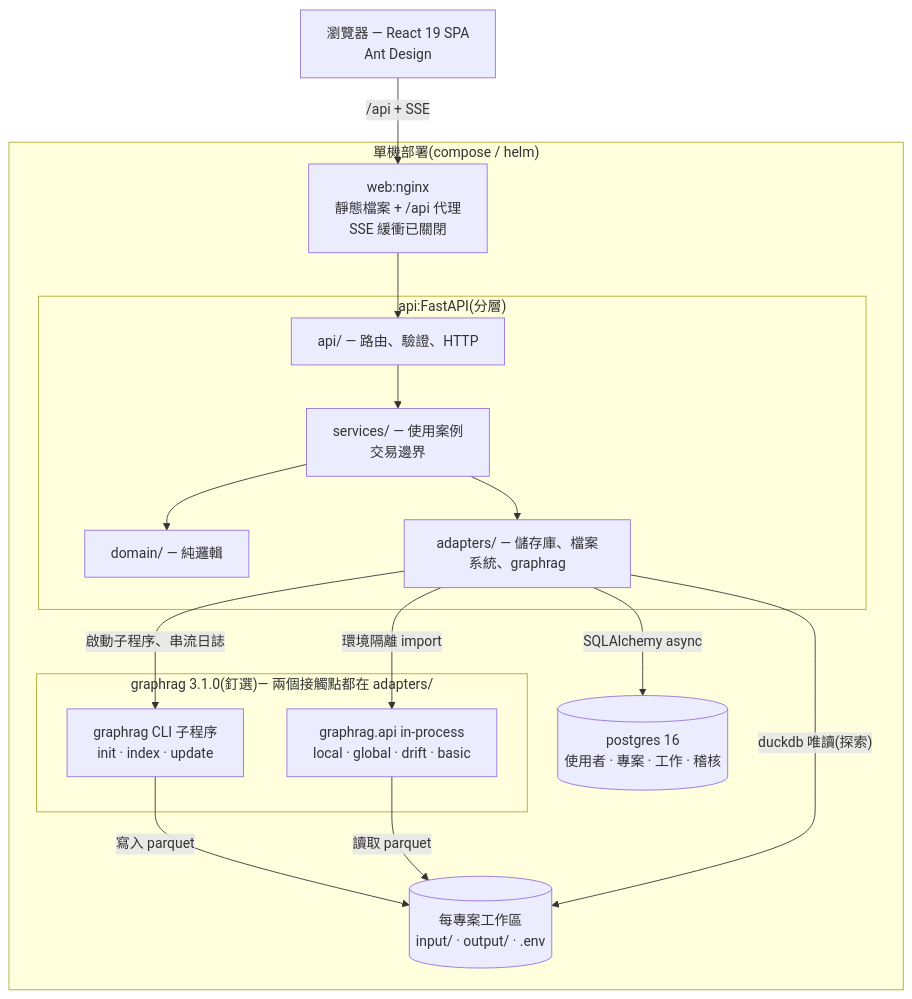
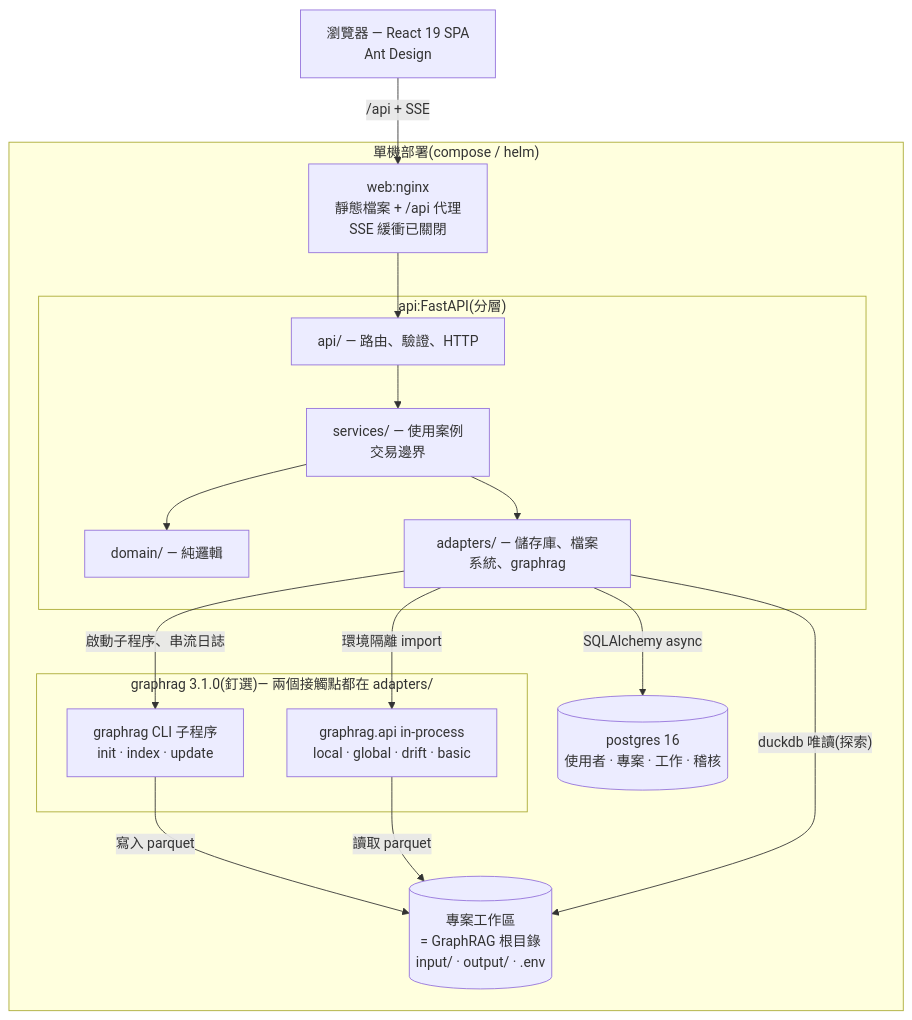
Before and after one commit to kehao-playground/graphrag-web-ui: the first of 3 diagrams in docs/zh-TW/README.md, drawn with Mermaid. The commit also changed other lines of this file and 1 other file, not shown here.

First line of the commit message:
docs(readme): define workspace as the app's term for the GraphRAG root

````diff
--- a/docs/zh-TW/README.md
+++ b/docs/zh-TW/README.md
@@ -36,25 +37,25 @@
 ```mermaid
 graph TB
     B["瀏覽器 — React 19 SPA<br/>Ant Design"] -->|"/api + SSE"| N
     subgraph stack["單機部署(compose / helm)"]
         N["web:nginx<br/>靜態檔案 + /api 代理<br/>SSE 緩衝已關閉"]
         subgraph API["api:FastAPI(分層)"]
             L1["api/ — 路由、驗證、HTTP"] --> L2["services/ — 使用案例<br/>交易邊界"]
             L2 --> L3["domain/ — 純邏輯"]
             L2 --> L4["adapters/ — 儲存庫、檔案系統、graphrag"]
         end
         PG[("postgres 16<br/>使用者 · 專案 · 工作 · 稽核")]
         subgraph GR["graphrag 3.1.0(釘選)— 兩個接觸點都在 adapters/"]
             CLI["graphrag CLI 子程序<br/>init · index · update"]
             LIB["graphrag.api in-process<br/>local · global · drift · basic"]
         end
-        WS[("每專案工作區<br/>input/ · output/ · .env")]
+        WS[("專案工作區<br/>= GraphRAG 根目錄<br/>input/ · output/ · .env")]
     end
     N --> L1
     L4 -->|"SQLAlchemy async"| PG
     L4 -->|"啟動子程序、串流日誌"| CLI
     L4 -->|"環境隔離 import"| LIB
     CLI -->|"寫入 parquet"| WS
     LIB -->|"讀取 parquet"| WS
     L4 -->|"duckdb 唯讀(探索)"| WS
 ```
````
